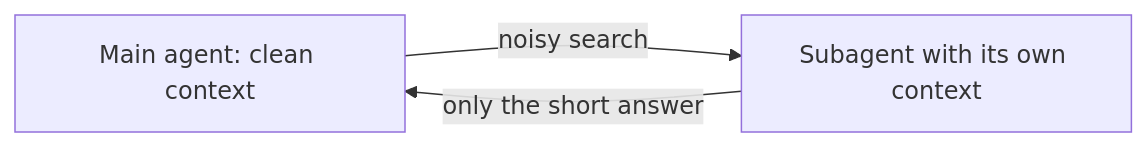
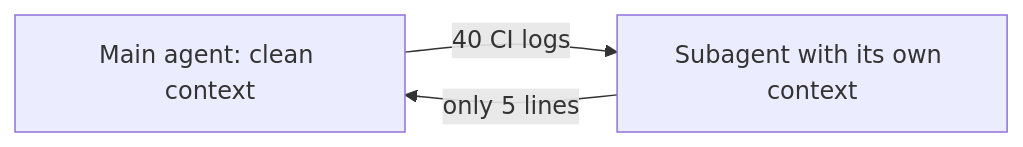
Before and after one commit to learnwithparam/agentic-ai-live-labs: the diagram in docs/labs/32-subagent-isolation.md, drawn with Mermaid. The commit also changed other lines of this file and 46 other files, not shown here.

````diff
--- a/docs/labs/32-subagent-isolation.md
+++ b/docs/labs/32-subagent-isolation.md
@@ -7,5 +7,5 @@
 ```mermaid
 flowchart LR
-  A["Main agent: clean context"] -->|"noisy search"| S["Subagent with its own context"]
-  S -->|"only the short answer"| A
+  A["Main agent: clean context"] -->|"40 CI logs"| S["Subagent with its own context"]
+  S -->|"only 5 lines"| A
 ```
````
